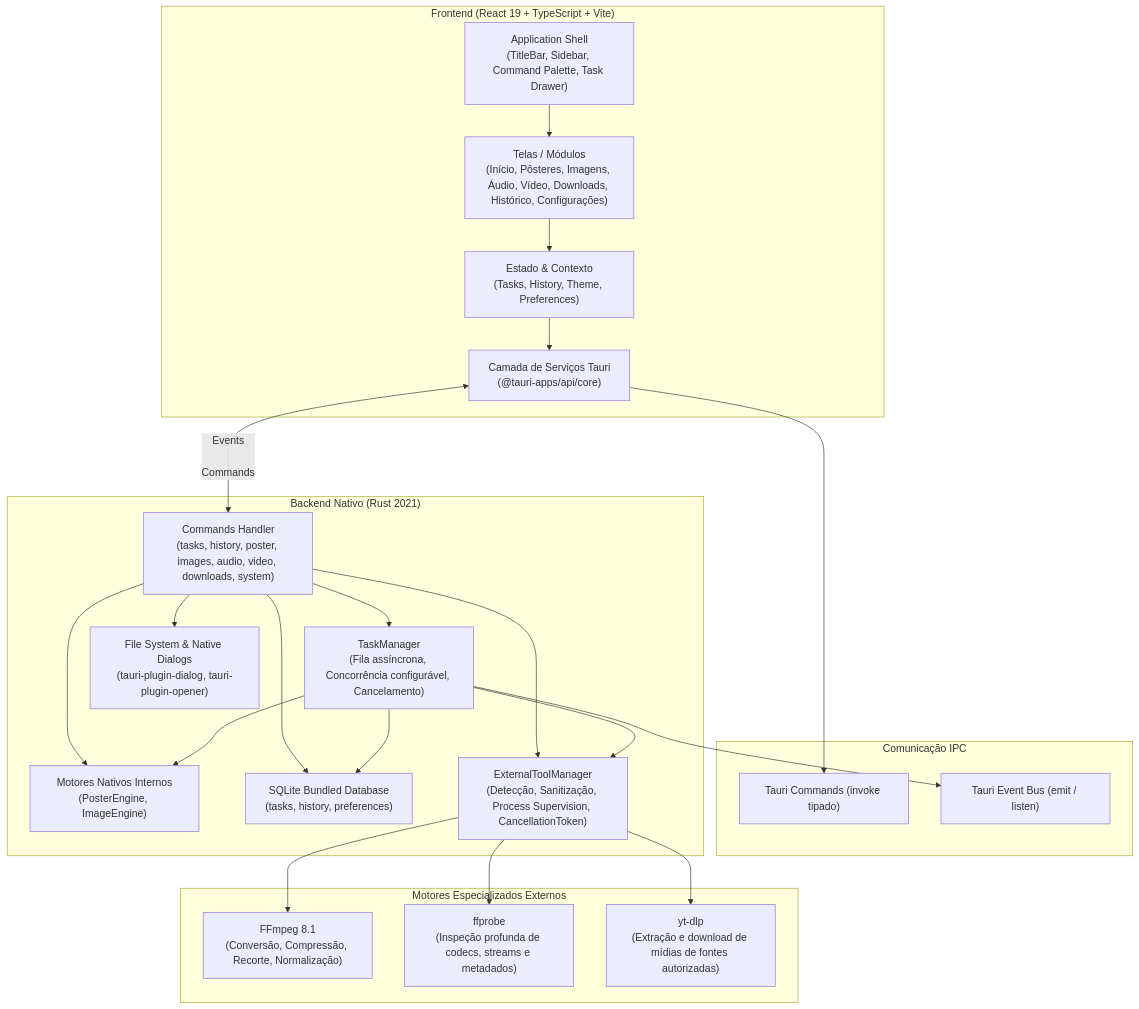
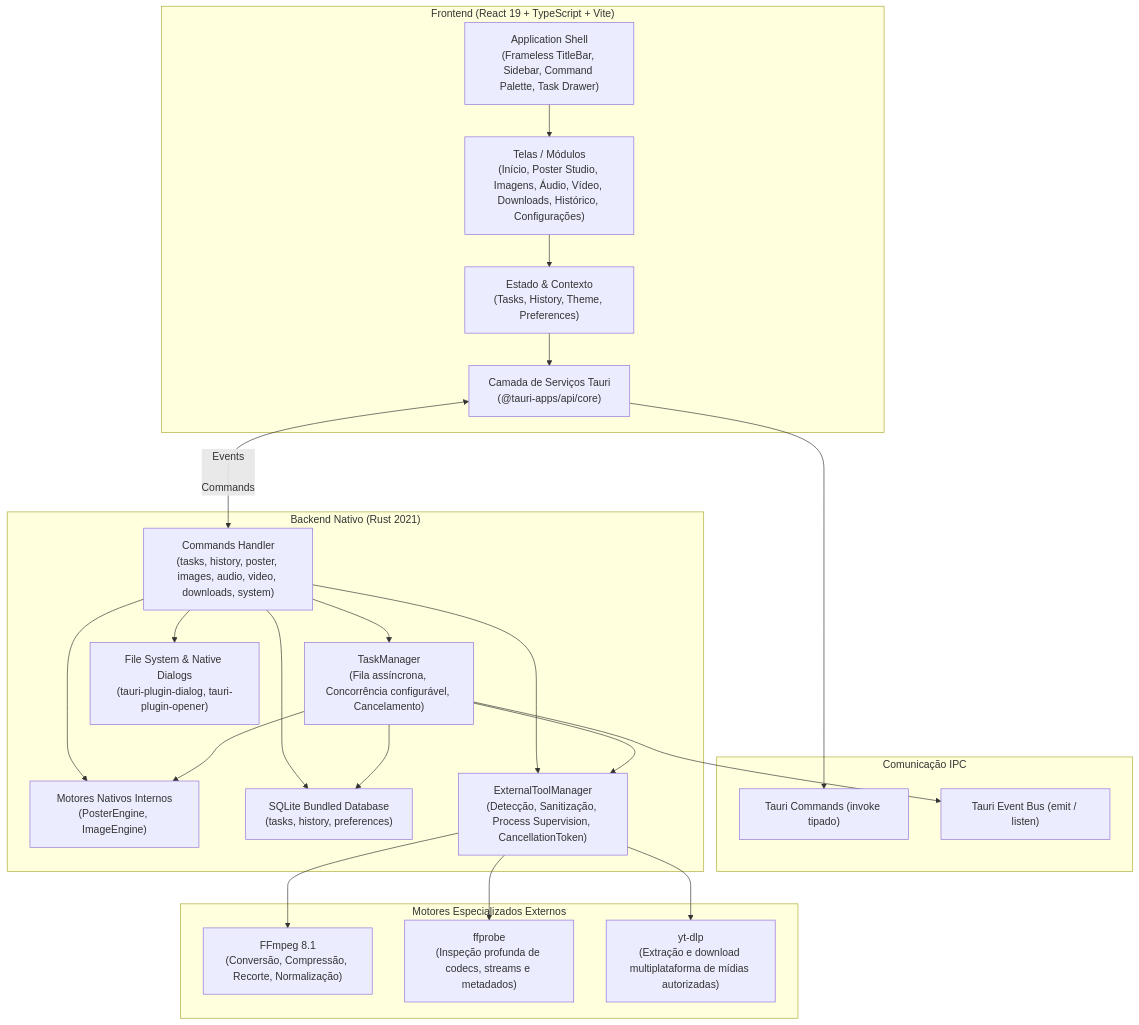
The diagram in docs/ARCHITECTURE.md (mateusarcedev/tools-on-desk), drawn with Mermaid before and after one commit. The commit also changed other lines of this file and 25 other files, not shown here.

Commit message:
feat(mission-02.5): advanced poster studio with rasterbator parity and multi-platform downloader

````diff
--- a/docs/ARCHITECTURE.md
+++ b/docs/ARCHITECTURE.md
@@ -13,49 +13,49 @@
 ```mermaid
 flowchart TD
     subgraph UI ["Frontend (React 19 + TypeScript + Vite)"]
-        Shell["Application Shell\n(TitleBar, Sidebar, Command Palette, Task Drawer)"]
-        Screens["Telas / Módulos\n(Início, Pôsteres, Imagens, Áudio, Vídeo, Downloads, Histórico, Configurações)"]
+        Shell["Application Shell\n(Frameless TitleBar, Sidebar, Command Palette, Task Drawer)"]
+        Screens["Telas / Módulos\n(Início, Poster Studio, Imagens, Áudio, Vídeo, Downloads, Histórico, Configurações)"]
         State["Estado & Contexto\n(Tasks, History, Theme, Preferences)"]
         TauriClient["Camada de Serviços Tauri\n(@tauri-apps/api/core)"]
     end
 
     subgraph IPC ["Comunicação IPC"]
         Commands["Tauri Commands (invoke tipado)"]
         Events["Tauri Event Bus (emit / listen)"]
     end
 
     subgraph Core ["Backend Nativo (Rust 2021)"]
         CmdLayer["Commands Handler\n(tasks, history, poster, images, audio, video, downloads, system)"]
         TaskManager["TaskManager\n(Fila assíncrona, Concorrência configurável, Cancelamento)"]
         Engines["Motores Nativos Internos\n(PosterEngine, ImageEngine)"]
         DB["SQLite Bundled Database\n(tasks, history, preferences)"]
         FS["File System & Native Dialogs\n(tauri-plugin-dialog, tauri-plugin-opener)"]
         ToolManager["ExternalToolManager\n(Detecção, Sanitização, Process Supervision, CancellationToken)"]
     end
 
     subgraph External ["Motores Especializados Externos"]
         FFmpeg["FFmpeg 8.1\n(Conversão, Compressão, Recorte, Normalização)"]
         FFprobe["ffprobe\n(Inspeção profunda de codecs, streams e metadados)"]
-        YtDlp["yt-dlp\n(Extração e download de mídias de fontes autorizadas)"]
+        YtDlp["yt-dlp\n(Extração e download multiplataforma de mídias autorizadas)"]
     end
 
     Shell --> Screens
     Screens --> State
     State --> TauriClient
     TauriClient --> Commands
     TauriClient <-- Events
 
     Commands --> CmdLayer
     CmdLayer --> TaskManager
     CmdLayer --> Engines
     CmdLayer --> ToolManager
     CmdLayer --> DB
     CmdLayer --> FS
     TaskManager --> DB
     TaskManager --> Events
     TaskManager --> Engines
     TaskManager --> ToolManager
     ToolManager --> FFmpeg
     ToolManager --> FFprobe
     ToolManager --> YtDlp
 ```
````
